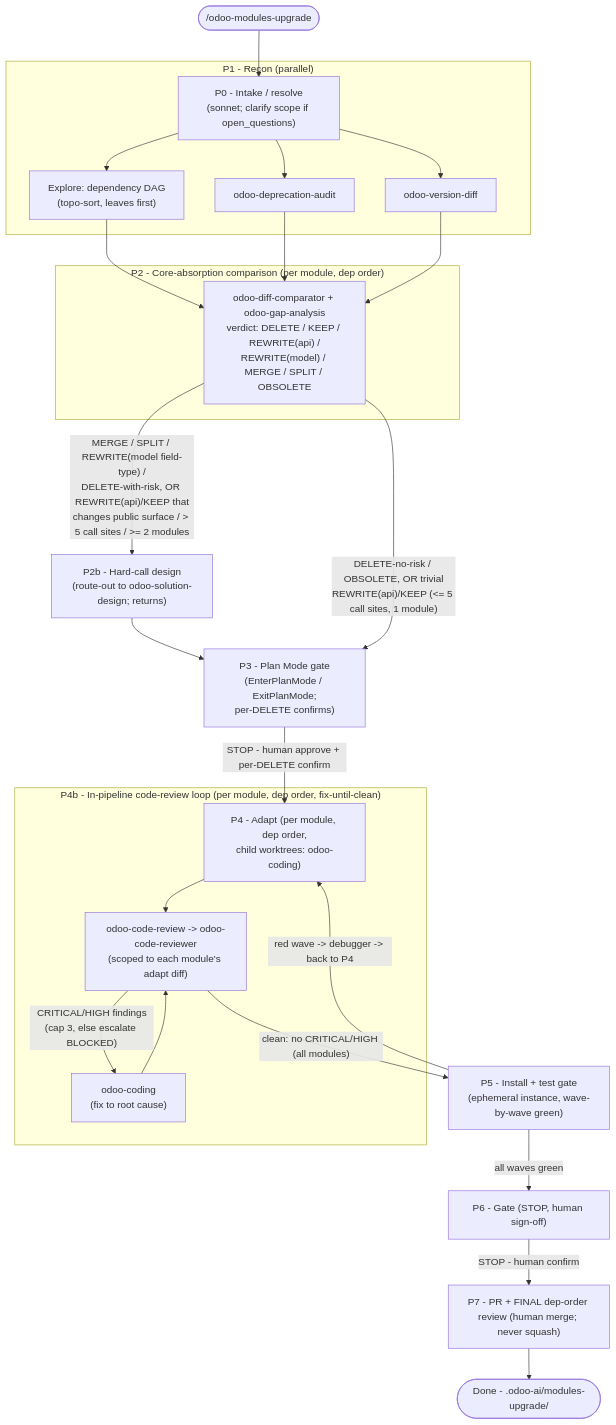
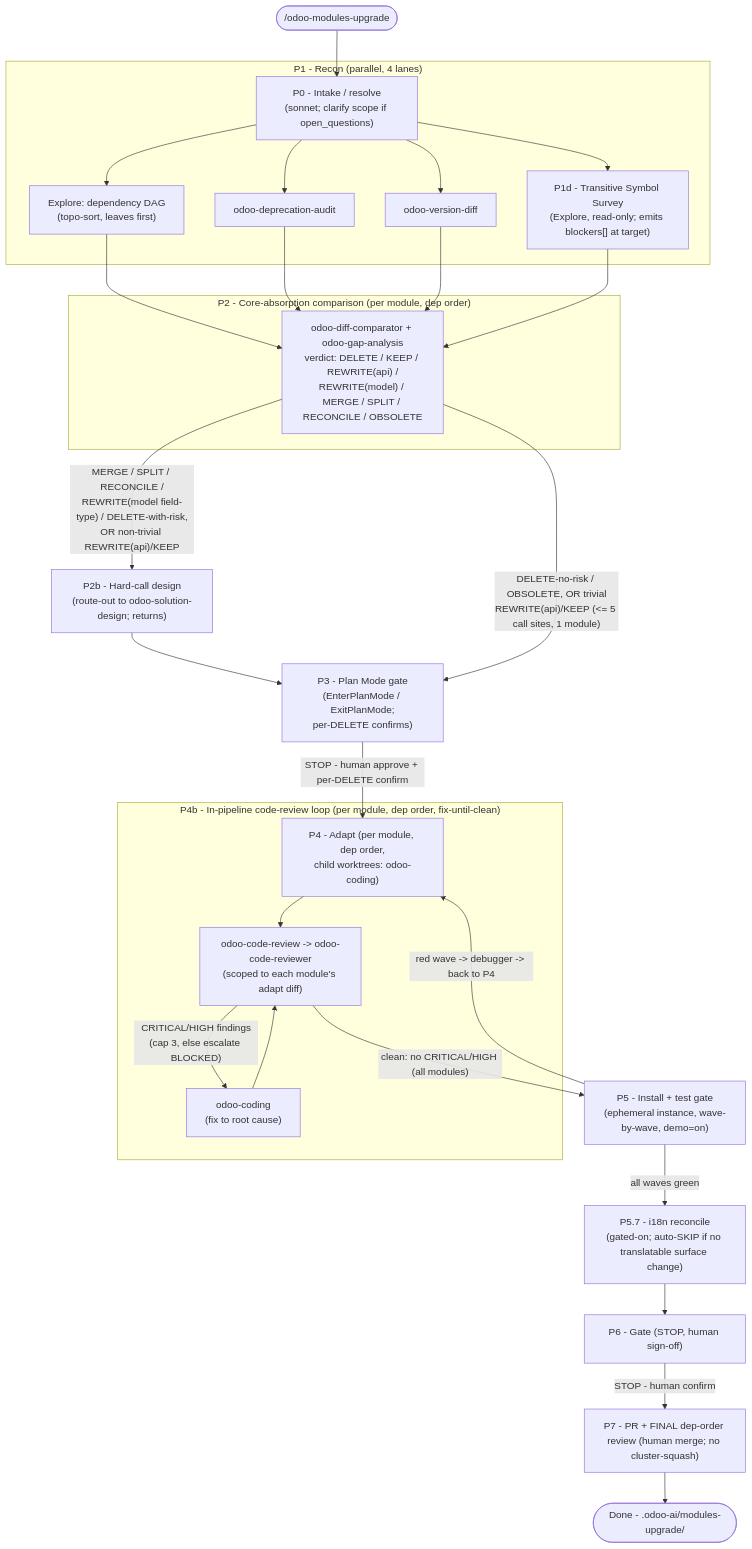
One commit to Viindoo/odoo-mcp-client changed the sixth of 6 diagrams in plugins/odoo-ai-agents/README.md. Above: the diagram before and after it, drawn with Mermaid. The commit also changed other lines of this file and 54 other files, not shown here.

````diff
--- a/plugins/odoo-ai-agents/README.md
+++ b/plugins/odoo-ai-agents/README.md
@@ -423,34 +423,37 @@
 ```mermaid
 flowchart TD
     START(["/odoo-modules-upgrade"])
     START --> P0["P0 - Intake / resolve<br/>(sonnet; clarify scope if open_questions)"]
 
-    subgraph P1_grp["P1 - Recon (parallel)"]
+    subgraph P1_grp["P1 - Recon (parallel, 4 lanes)"]
         P0 --> R1["Explore: dependency DAG<br/>(topo-sort, leaves first)"]
         P0 --> R2["odoo-deprecation-audit"]
         P0 --> R3["odoo-version-diff"]
+        P0 --> R4["P1d - Transitive Symbol Survey<br/>(Explore, read-only; emits blockers[] at target)"]
     end
 
     subgraph P2_grp["P2 - Core-absorption comparison (per module, dep order)"]
-        R1 --> CMP["odoo-diff-comparator + odoo-gap-analysis<br/>verdict: DELETE / KEEP / REWRITE(api) /<br/>REWRITE(model) / MERGE / SPLIT / OBSOLETE"]
+        R1 --> CMP["odoo-diff-comparator + odoo-gap-analysis<br/>verdict: DELETE / KEEP / REWRITE(api) /<br/>REWRITE(model) / MERGE / SPLIT / RECONCILE / OBSOLETE"]
     end
     R2 --> CMP
     R3 --> CMP
+    R4 --> CMP
 
-    CMP -->|"MERGE / SPLIT / REWRITE(model field-type) /<br/>DELETE-with-risk, OR REWRITE(api)/KEEP that<br/>changes public surface / > 5 call sites / >= 2 modules"| P2b["P2b - Hard-call design<br/>(route-out to odoo-solution-design; returns)"]
+    CMP -->|"MERGE / SPLIT / RECONCILE /<br/>REWRITE(model field-type) / DELETE-with-risk,<br/>OR non-trivial REWRITE(api)/KEEP"| P2b["P2b - Hard-call design<br/>(route-out to odoo-solution-design; returns)"]
     P2b --> P3_gate
     CMP -->|"DELETE-no-risk / OBSOLETE, OR trivial<br/>REWRITE(api)/KEEP (<= 5 call sites, 1 module)"| P3_gate["P3 - Plan Mode gate<br/>(EnterPlanMode / ExitPlanMode;<br/>per-DELETE confirms)"]
     P3_gate -->|"STOP - human approve + per-DELETE confirm"| P4["P4 - Adapt (per module, dep order,<br/>child worktrees: odoo-coding)"]
 
     subgraph P4b_grp["P4b - In-pipeline code-review loop (per module, dep order, fix-until-clean)"]
         P4 --> RV["odoo-code-review -> odoo-code-reviewer<br/>(scoped to each module's adapt diff)"]
         RV -->|"CRITICAL/HIGH findings<br/>(cap 3, else escalate BLOCKED)"| FX["odoo-coding<br/>(fix to root cause)"]
         FX --> RV
     end
 
-    RV -->|"clean: no CRITICAL/HIGH (all modules)"| P5["P5 - Install + test gate<br/>(ephemeral instance, wave-by-wave green)"]
+    RV -->|"clean: no CRITICAL/HIGH (all modules)"| P5["P5 - Install + test gate<br/>(ephemeral instance, wave-by-wave, demo=on)"]
     P5 -->|"red wave -> debugger -> back to P4"| P4
-    P5 -->|"all waves green"| P6["P6 - Gate (STOP, human sign-off)"]
-    P6 -->|"STOP - human confirm"| P7["P7 - PR + FINAL dep-order review (human merge; never squash)"]
+    P5 -->|"all waves green"| P57["P5.7 - i18n reconcile<br/>(gated-on; auto-SKIP if no translatable surface change)"]
+    P57 --> P6["P6 - Gate (STOP, human sign-off)"]
+    P6 -->|"STOP - human confirm"| P7["P7 - PR + FINAL dep-order review (human merge; no cluster-squash)"]
     P7 --> DONE(["Done - .odoo-ai/modules-upgrade/"])
 ```
````
